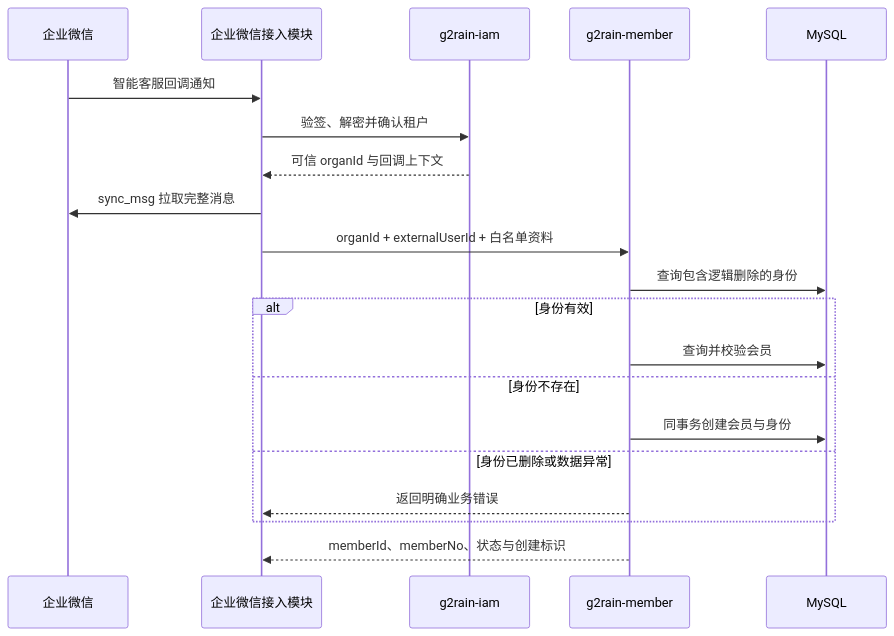
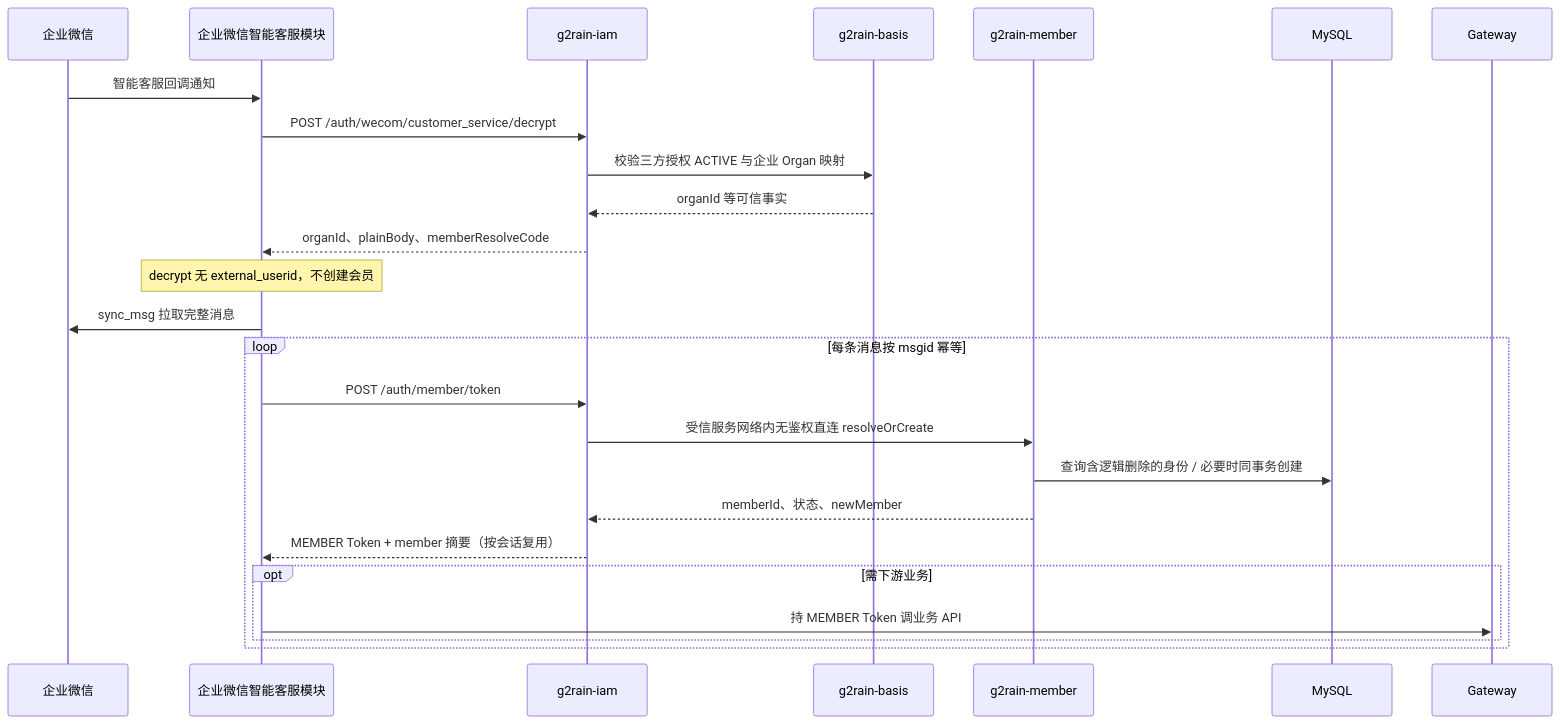
Before and after one commit to g2rain/g2rain-member: the third of 4 diagrams in docs/architecture/runtime-flows.md, drawn with Mermaid. The commit also changed other lines of this file and 39 other files, not shown here.

````diff
--- a/docs/architecture/runtime-flows.md
+++ b/docs/architecture/runtime-flows.md
@@ -24,23 +41,27 @@
 ```mermaid
 sequenceDiagram
   participant WeCom as 企业微信
-  participant Connector as 企业微信接入模块
+  participant Connector as 企业微信智能客服模块
   participant IAM as g2rain-iam
+  participant Basis as g2rain-basis
   participant Member as g2rain-member
   participant DB as MySQL
 
   WeCom->>Connector: 智能客服回调通知
-  Connector->>IAM: 验签、解密并确认租户
-  IAM-->>Connector: 可信 organId 与回调上下文
+  Connector->>IAM: POST /auth/wecom/customer_service/decrypt
+  IAM->>Basis: 校验三方授权 ACTIVE 与企业 Organ 映射
+  Basis-->>IAM: organId 等可信事实
+  IAM-->>Connector: organId、plainBody、memberResolveCode
+  Note over Connector: decrypt 无 external_userid，不创建会员
   Connector->>WeCom: sync_msg 拉取完整消息
-  Connector->>Member: organId + externalUserId + 白名单资料
-  Member->>DB: 查询包含逻辑删除的身份
-  alt 身份有效
-    Member->>DB: 查询并校验会员
-  else 身份不存在
-    Member->>DB: 同事务创建会员与身份
-  else 身份已删除或数据异常
-    Member-->>Connector: 返回明确业务错误
+  loop 每条消息按 msgid 幂等
+    Connector->>IAM: POST /auth/member/token
+    IAM->>Member: 受信服务网络内无鉴权直连 resolveOrCreate
+    Member->>DB: 查询含逻辑删除的身份 / 必要时同事务创建
+    Member-->>IAM: memberId、状态、newMember
+    IAM-->>Connector: MEMBER Token + member 摘要（按会话复用）
+    opt 需下游业务
+      Connector->>Gateway: 持 MEMBER Token 调业务 API
+    end
   end
-  Member-->>Connector: memberId、memberNo、状态与创建标识
 ```
````
